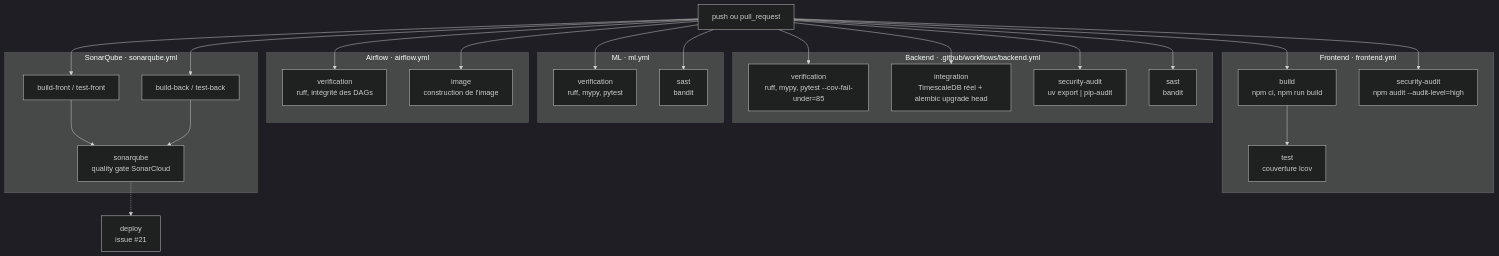
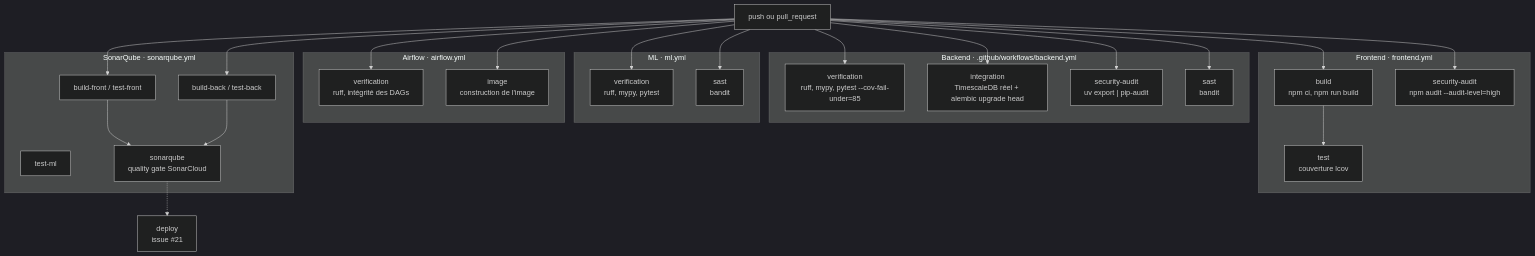
Before and after one commit to ineszang/ProjetPiscine_EnerVision: the diagram in docs/architecture/50-cicd.md, drawn with Mermaid (dark theme). The commit also changed other lines of this file and 5 other files, not shown here.

````diff
--- a/docs/architecture/50-cicd.md
+++ b/docs/architecture/50-cicd.md
@@ -17,41 +17,42 @@
 ```mermaid
 flowchart TB
   push["push ou pull_request"]
 
   subgraph back["Backend · .github/workflows/backend.yml"]
     bv["verification<br/>ruff, mypy, pytest --cov-fail-under=85"]
     bi["integration<br/>TimescaleDB réel + alembic upgrade head"]
     bd["security-audit<br/>uv export | pip-audit"]
     bs["sast<br/>bandit"]
   end
 
   subgraph front["Frontend · frontend.yml"]
     fb["build<br/>npm ci, npm run build"]
     ft["test<br/>couverture lcov"]
     fd["security-audit<br/>npm audit --audit-level=high"]
   end
 
   subgraph mlw["ML · ml.yml"]
     mv["verification<br/>ruff, mypy, pytest"]
     ms["sast<br/>bandit"]
   end
 
   subgraph afw["Airflow · airflow.yml"]
     av["verification<br/>ruff, intégrité des DAGs"]
     ab["image<br/>construction de l'image"]
   end
 
   subgraph sq["SonarQube · sonarqube.yml"]
     sb1["build-front / test-front"]
     sb2["build-back / test-back"]
+    sb3["test-ml"]
     sscan["sonarqube<br/>quality gate SonarCloud"]
   end
 
   push --> bv & bi & bd & bs
   push --> fb --> ft
   push --> fd
   push --> mv & ms
   push --> av & ab
   push --> sb1 & sb2 --> sscan
   sscan -.-> cd["deploy<br/>issue #21"]
 ```
````
